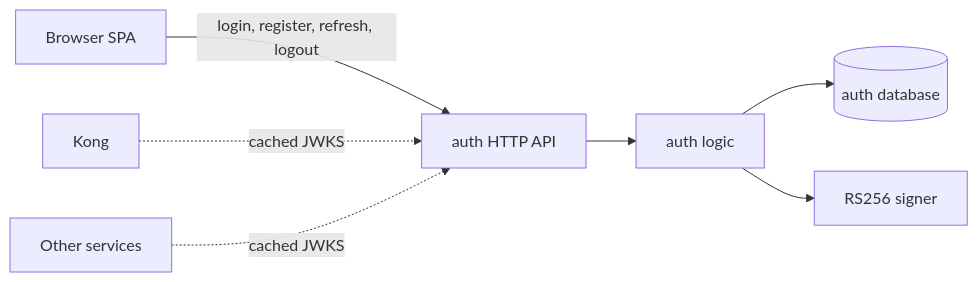
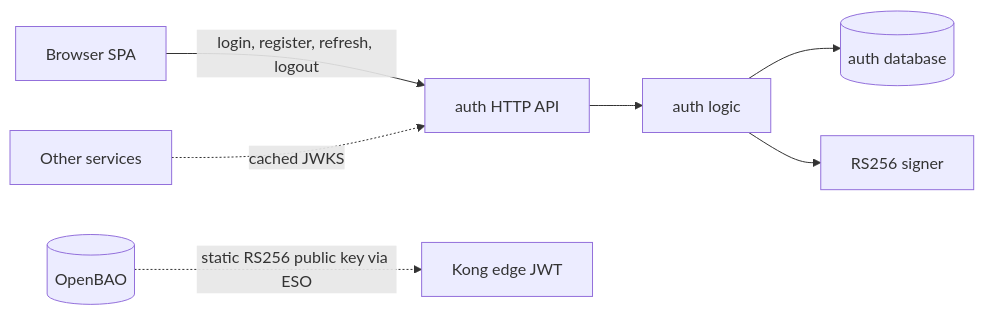
One commit to duynhlab/homelab changed the diagram in docs/api/auth.md. Above: the diagram before and after it, drawn with Mermaid. The commit also changed other lines of this file and 8 other files, not shown here.

````diff
--- a/docs/api/auth.md
+++ b/docs/api/auth.md
@@ -21,9 +21,9 @@
 ```mermaid
 flowchart LR
     SPA[Browser SPA] -->|login, register, refresh, logout| HTTP[auth HTTP API]
     HTTP --> Logic[auth logic]
     Logic --> DB[(auth database)]
     Logic --> Signer[RS256 signer]
-    Kong[Kong] -. cached JWKS .-> HTTP
     Services[Other services] -. cached JWKS .-> HTTP
+    OpenBAO[(OpenBAO)] -. static RS256 public key via ESO .-> Kong[Kong edge JWT]
 ```
````
